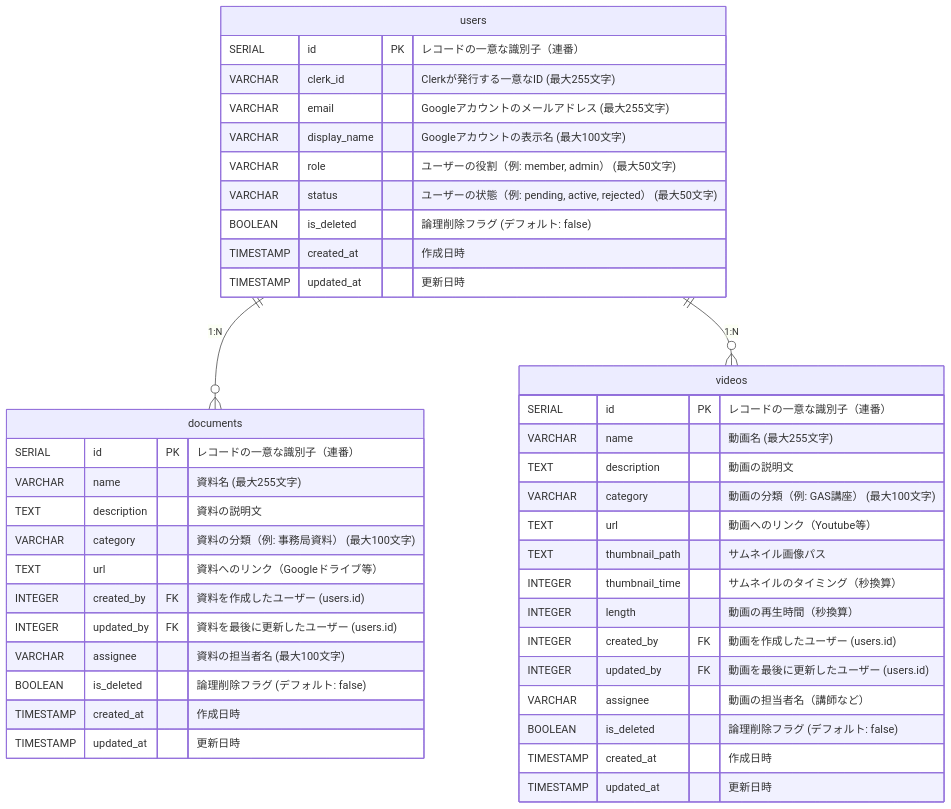
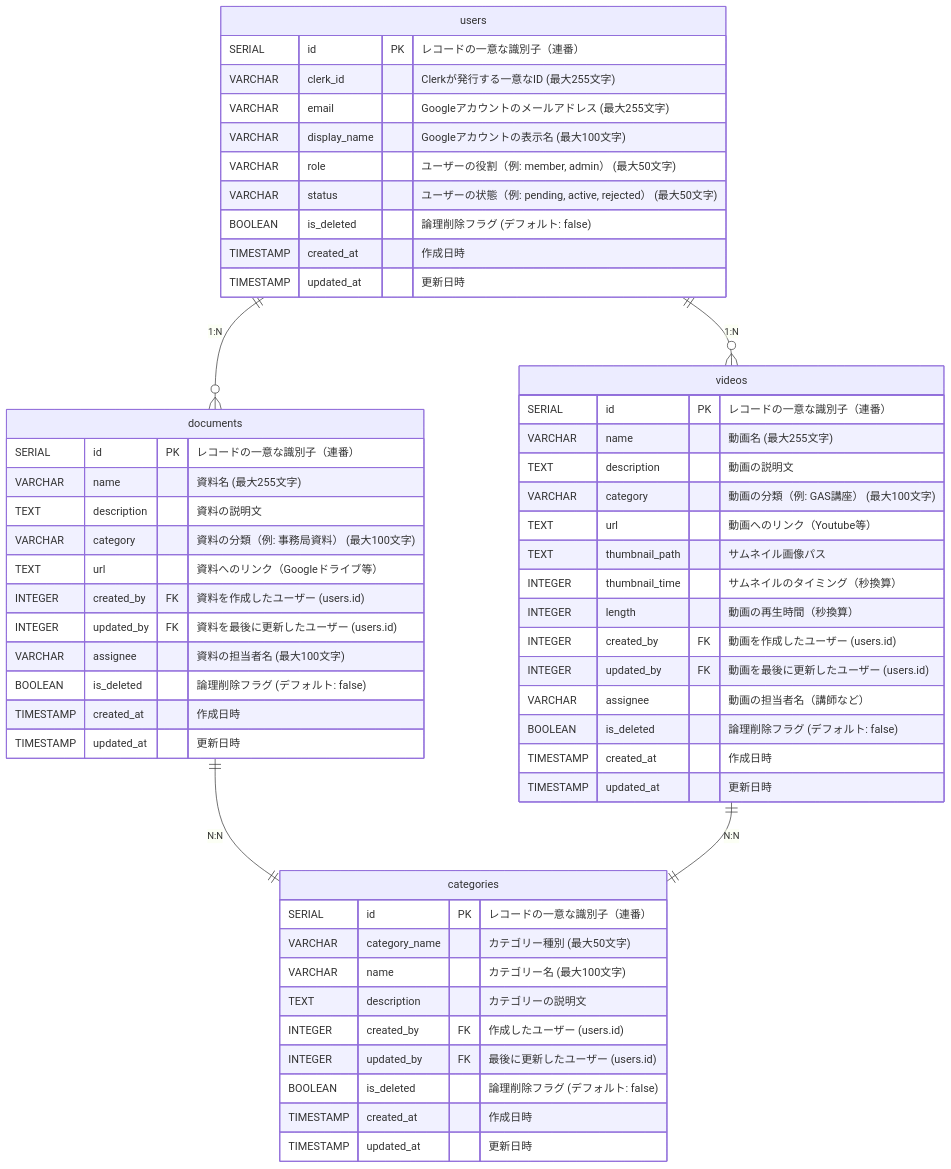
Before and after one commit to Singuralitylabs/portal-site: the diagram in docs/database.md, drawn with Mermaid. The commit also changed other lines of this file, not shown here.

````diff
--- a/docs/database.md
+++ b/docs/database.md
@@ -76,48 +93,62 @@
 ```mermaid
 erDiagram
     users {
         SERIAL id PK "レコードの一意な識別子（連番）"
         VARCHAR clerk_id "Clerkが発行する一意なID (最大255文字)"
         VARCHAR email "Googleアカウントのメールアドレス (最大255文字)"
         VARCHAR display_name "Googleアカウントの表示名 (最大100文字)"
         VARCHAR role "ユーザーの役割（例: member, admin） (最大50文字)"
         VARCHAR status "ユーザーの状態（例: pending, active, rejected） (最大50文字)"
         BOOLEAN is_deleted "論理削除フラグ (デフォルト: false)"
         TIMESTAMP created_at "作成日時"
         TIMESTAMP updated_at "更新日時"
     }
 
     documents {
         SERIAL id PK "レコードの一意な識別子（連番）"
         VARCHAR name "資料名 (最大255文字)"
         TEXT description "資料の説明文"
         VARCHAR category "資料の分類（例: 事務局資料） (最大100文字)"
         TEXT url "資料へのリンク（Googleドライブ等）"
         INTEGER created_by FK "資料を作成したユーザー (users.id)"
         INTEGER updated_by FK "資料を最後に更新したユーザー (users.id)"
         VARCHAR assignee "資料の担当者名 (最大100文字)"
         BOOLEAN is_deleted "論理削除フラグ (デフォルト: false)"
         TIMESTAMP created_at "作成日時"
         TIMESTAMP updated_at "更新日時"
     }
 
     videos {
         SERIAL id PK "レコードの一意な識別子（連番）"
         VARCHAR name "動画名 (最大255文字)"
         TEXT description "動画の説明文"
         VARCHAR category "動画の分類（例: GAS講座） (最大100文字)"
         TEXT url "動画へのリンク（Youtube等）"
         TEXT thumbnail_path "サムネイル画像パス"
         INTEGER thumbnail_time "サムネイルのタイミング（秒換算）"
         INTEGER length "動画の再生時間（秒換算）"
         INTEGER created_by FK "動画を作成したユーザー (users.id)"
         INTEGER updated_by FK "動画を最後に更新したユーザー (users.id)"
         VARCHAR assignee "動画の担当者名（講師など）"
         BOOLEAN is_deleted "論理削除フラグ (デフォルト: false)"
         TIMESTAMP created_at "作成日時"
         TIMESTAMP updated_at "更新日時"
     }
 
+    categories {
+        SERIAL id PK "レコードの一意な識別子（連番）"
+        VARCHAR category_name "カテゴリー種別 (最大50文字)"
+        VARCHAR name "カテゴリー名 (最大100文字)"
+        TEXT description "カテゴリーの説明文"
+        INTEGER created_by FK "作成したユーザー (users.id)"
+        INTEGER updated_by FK "最後に更新したユーザー (users.id)"
+        BOOLEAN is_deleted "論理削除フラグ (デフォルト: false)"
+        TIMESTAMP created_at "作成日時"
+        TIMESTAMP updated_at "更新日時"
+    }
+
     users ||--o{ documents : "1:N"
     users ||--o{ videos : "1:N"
+    documents ||--|| categories : "N:N"
+    videos ||--|| categories : "N:N"
 ```
````
